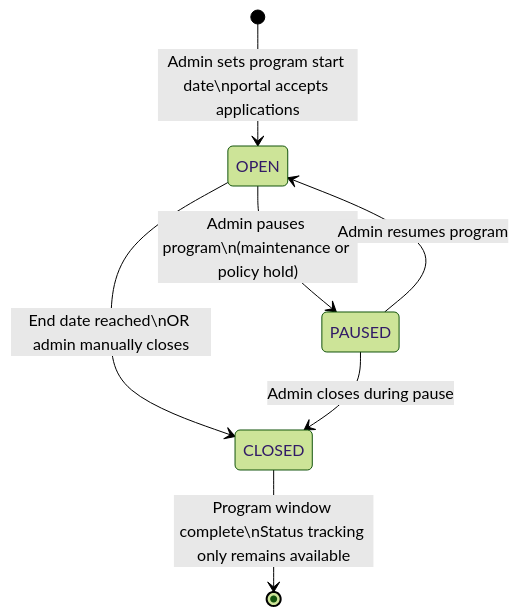
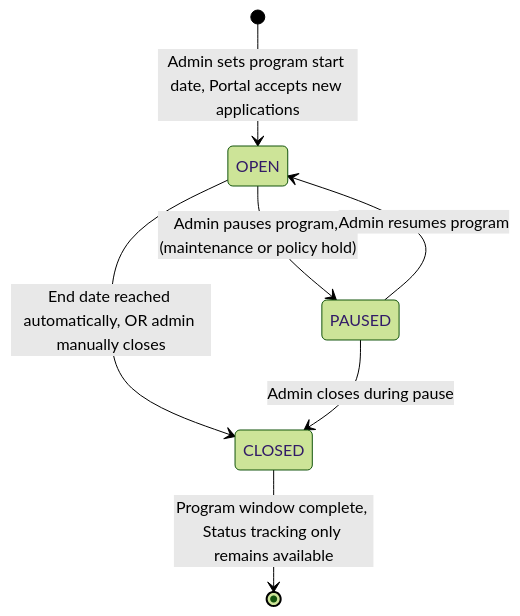
One commit to Tamoura/Claude-Code-creates-the-SW-company changed the ninth of 10 diagrams in products/qdb-sme-relief/docs/ADMIN-GUIDE.md. Above: the diagram before and after it, drawn with Mermaid (forest theme). The commit also changed other lines of this file and 4 other files, not shown here.

First line of the commit message:
fix(qdb-sme-relief): fix literal \n in Mermaid diagrams across all new docs

````diff
--- a/products/qdb-sme-relief/docs/ADMIN-GUIDE.md
+++ b/products/qdb-sme-relief/docs/ADMIN-GUIDE.md
@@ -318,14 +741,14 @@
 ```mermaid
 stateDiagram-v2
-    [*] --> OPEN : Admin sets program start date\nportal accepts applications
+    [*] --> OPEN : Admin sets program start date, Portal accepts new applications
 
-    OPEN --> PAUSED : Admin pauses program\n(maintenance or policy hold)
+    OPEN --> PAUSED : Admin pauses program, (maintenance or policy hold)
 
     PAUSED --> OPEN : Admin resumes program
 
-    OPEN --> CLOSED : End date reached\nOR admin manually closes
+    OPEN --> CLOSED : End date reached automatically, OR admin manually closes
 
     PAUSED --> CLOSED : Admin closes during pause
 
-    CLOSED --> [*] : Program window complete\nStatus tracking only remains available
+    CLOSED --> [*] : Program window complete, Status tracking only remains available
 ```
````
